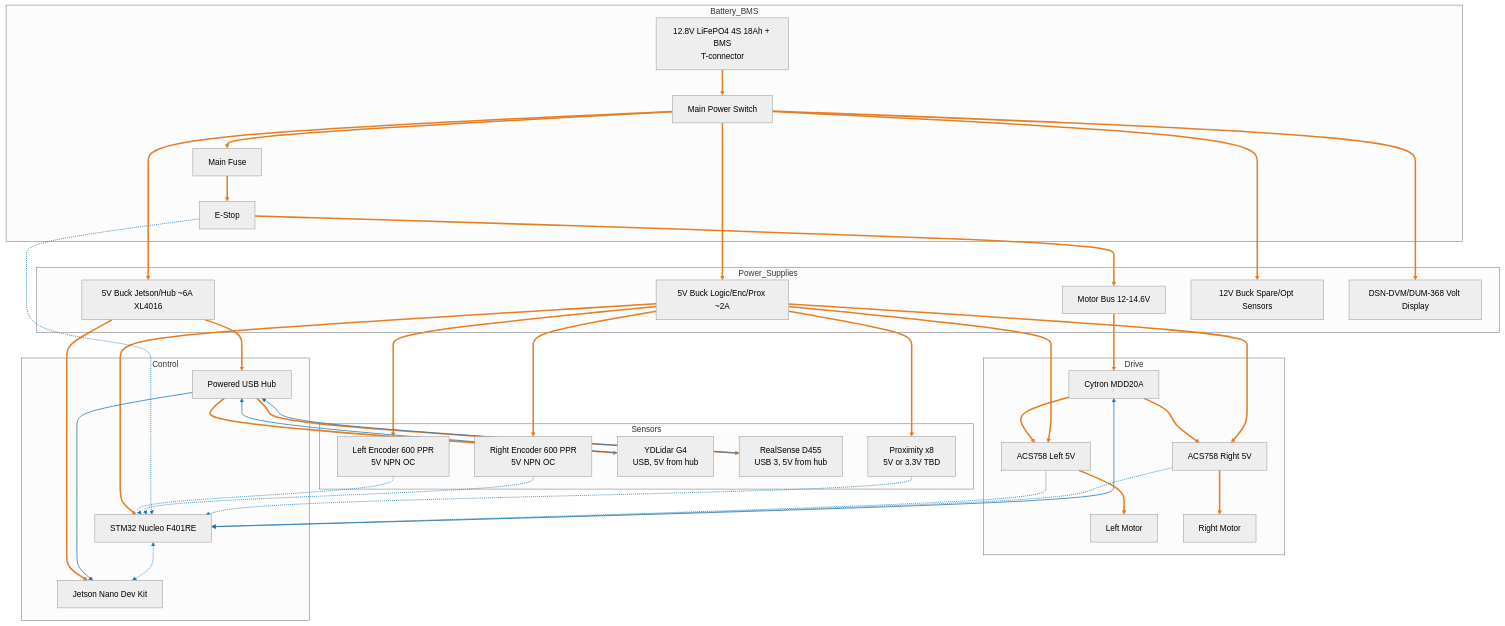
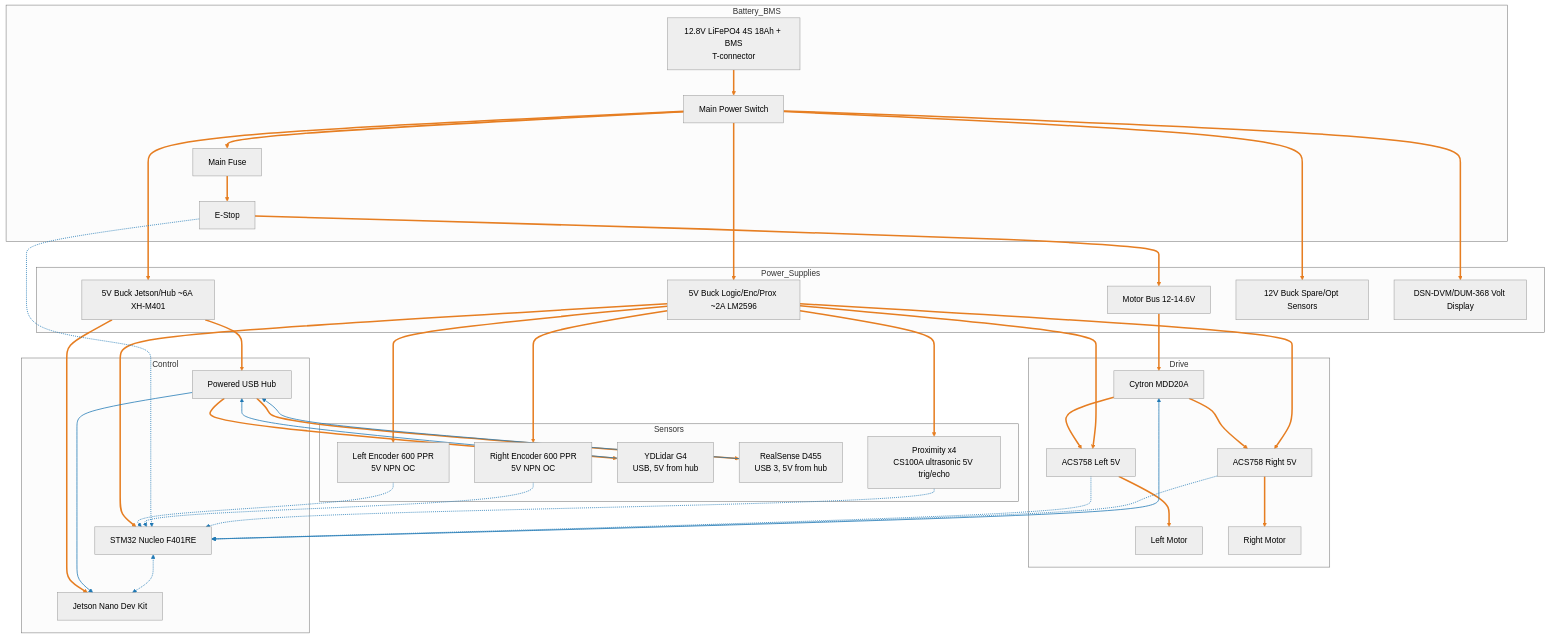
The diagram in docs/hardware_block_diagram.md (KartikMehta-1/AMR-development), drawn with Mermaid (neutral theme) before and after one commit. The commit also changed other lines of this file and 26 other files, not shown here.

```diff
--- a/docs/hardware_block_diagram.md
+++ b/docs/hardware_block_diagram.md
@@ -16,8 +16,8 @@
   %% DC-DC supplies and rails
   subgraph Power_Supplies
     MPBUS[Motor Bus 12-14.6V]
-    BUCK_JET[5V Buck Jetson/Hub ~6A XL4016]
-    BUCK_LOGIC[5V Buck Logic/Enc/Prox ~2A]
+    BUCK_JET[5V Buck Jetson/Hub ~6A XH-M401]
+    BUCK_LOGIC[5V Buck Logic/Enc/Prox ~2A LM2596]
     BUCK_12V[12V Buck Spare/Opt Sensors]
     ESTOP --> MPBUS
     MSW --> BUCK_JET
@@ -53,7 +53,7 @@
     ENC_R[Right Encoder 600 PPR<br/>5V NPN OC]
     LIDAR[YDLidar G4<br/>USB, 5V from hub]
     DEPTH[RealSense D455<br/>USB 3, 5V from hub]
-    PROX[Proximity x8<br/>5V or 3.3V TBD]
+    PROX[Proximity x4<br/>CS100A ultrasonic 5V trig/echo]
   end
 
   %% Power distribution thick orange
```
